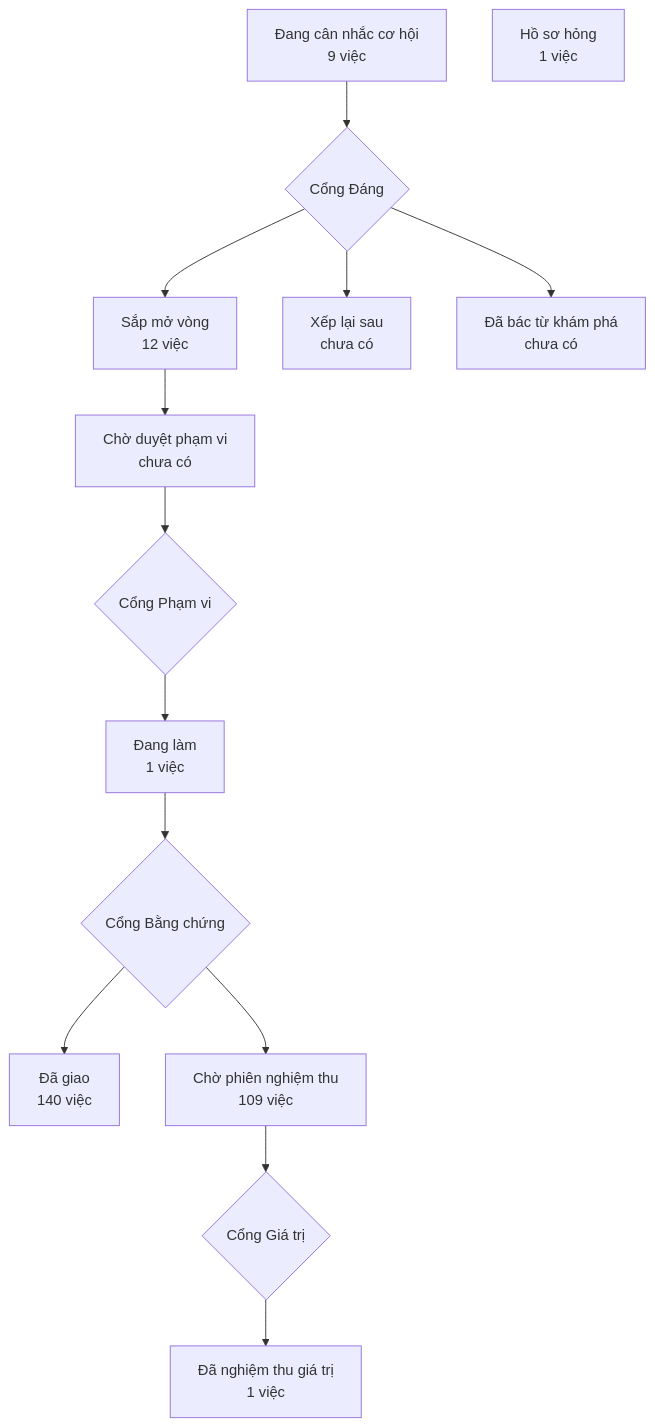
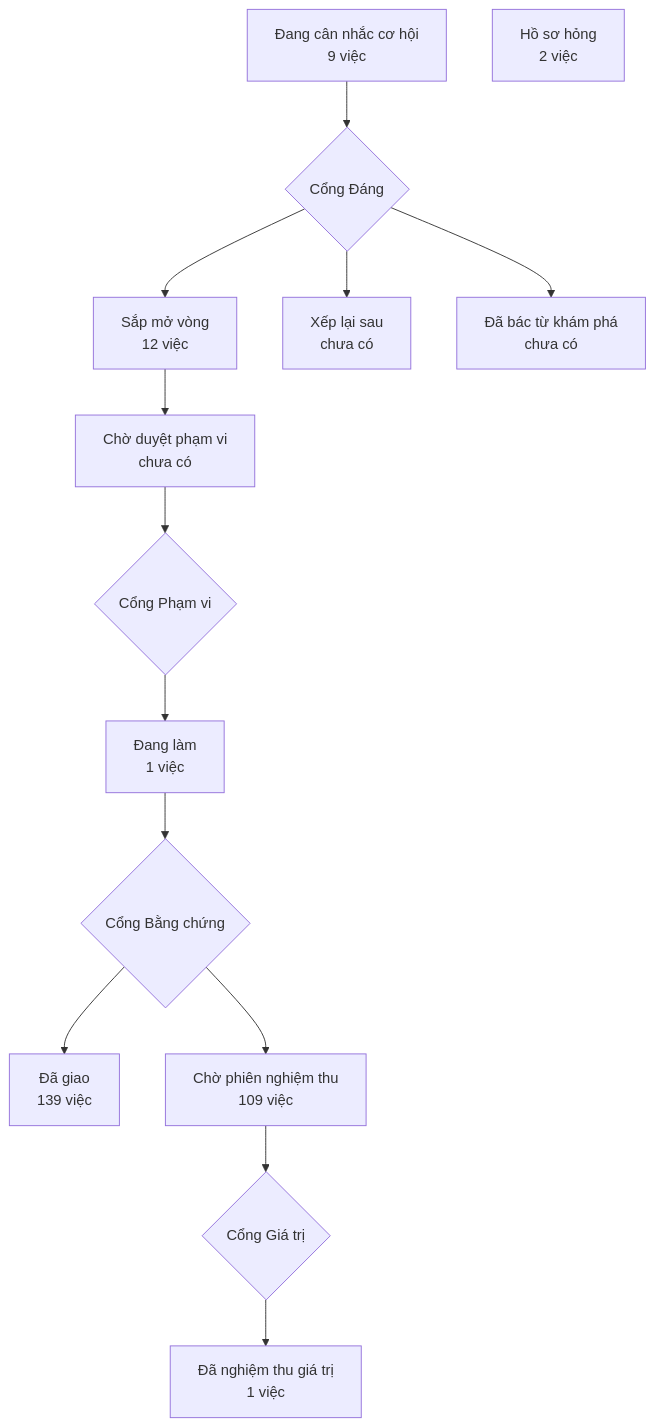
One commit to phanlemanh/crm-onehub changed the diagram in PRODUCT-MAP.md. Above: the diagram before and after it, drawn with Mermaid. The commit also changed other lines of this file, not shown here.

Commit message:
chore(nhan-kit-2-30): vẽ lại bản đồ sản phẩm bằng product-map 2.30.0 trên bản sạch

````diff
--- a/PRODUCT-MAP.md
+++ b/PRODUCT-MAP.md
@@ -7,13 +7,13 @@
 ```mermaid
 flowchart TD
   A["Đang cân nhắc cơ hội<br/>9 việc"] --> GD{"Cổng Đáng"}
   GD --> B["Sắp mở vòng<br/>12 việc"]
   GD --> XL["Xếp lại sau<br/>chưa có"]
   GD --> DB["Đã bác từ khám phá<br/>chưa có"]
   B --> CD["Chờ duyệt phạm vi<br/>chưa có"] --> GP{"Cổng Phạm vi"}
   GP --> DL["Đang làm<br/>1 việc"] --> GB{"Cổng Bằng chứng"}
-  GB --> DG["Đã giao<br/>140 việc"]
+  GB --> DG["Đã giao<br/>139 việc"]
   GB --> CN["Chờ phiên nghiệm thu<br/>109 việc"] --> GG{"Cổng Giá trị"}
   GG --> NT["Đã nghiệm thu giá trị<br/>1 việc"]
-  HS["Hồ sơ hỏng<br/>1 việc"]
+  HS["Hồ sơ hỏng<br/>2 việc"]
 ```
````
